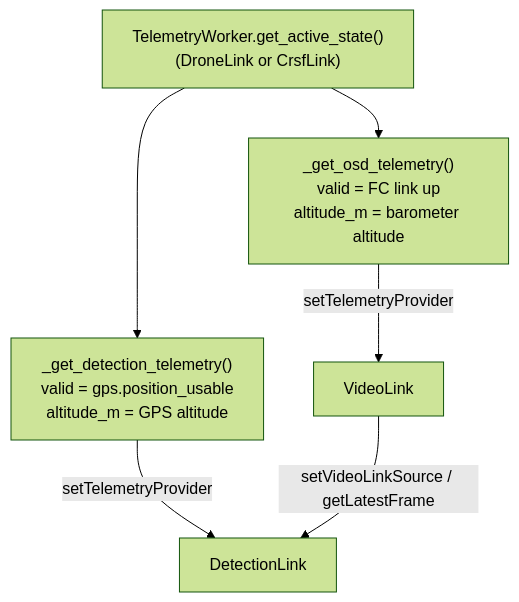
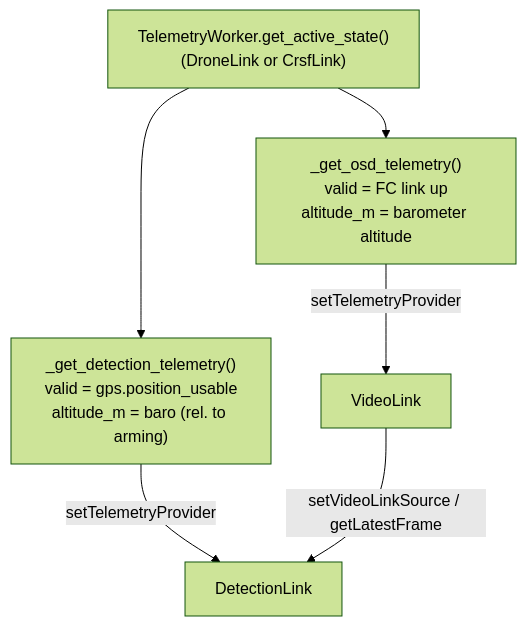
One commit to aleksandarLipovcic/R.A.D changed the second of 2 diagrams in docs/ARCHITECTURE.md. Above: the diagram before and after it, drawn with Mermaid (forest theme). The commit also changed other lines of this file and 7 other files, not shown here.

````diff
--- a/docs/ARCHITECTURE.md
+++ b/docs/ARCHITECTURE.md
@@ -152,8 +154,8 @@
 ```mermaid
 flowchart TB
-    DroneLinkState["TelemetryWorker.get_active_state()\n(DroneLink or CrsfLink)"] --> DetT["_get_detection_telemetry()\nvalid = gps.position_usable\naltitude_m = GPS altitude"]
+    DroneLinkState["TelemetryWorker.get_active_state()\n(DroneLink or CrsfLink)"] --> DetT["_get_detection_telemetry()\nvalid = gps.position_usable\naltitude_m = baro (rel. to arming)"]
     DroneLinkState --> OsdT["_get_osd_telemetry()\nvalid = FC link up\naltitude_m = barometer altitude"]
     DetT -->|setTelemetryProvider| DetectionLink
     OsdT -->|setTelemetryProvider| VideoLink
     VideoLink -->|setVideoLinkSource / getLatestFrame| DetectionLink
 ```
````
